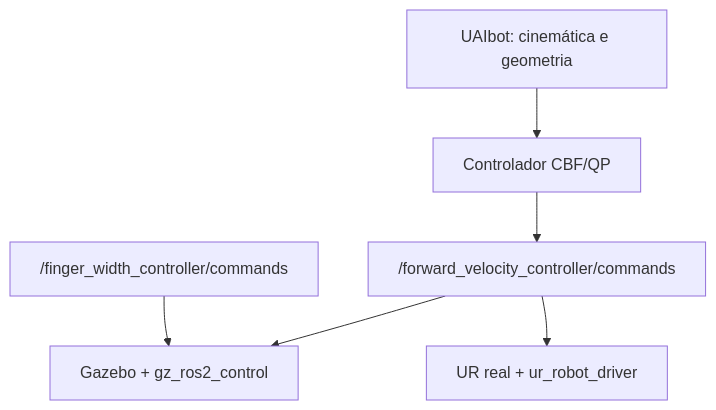
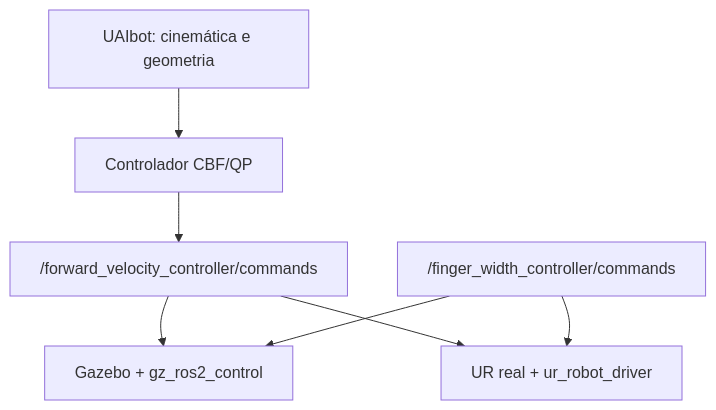
Before and after one commit to cayoalmeida0/ur-task-space-cbf-ros2: the diagram in README.md, drawn with Mermaid. The commit also changed other lines of this file and 16 other files, not shown here.

````diff
--- a/README.md
+++ b/README.md
@@ -19,8 +19,9 @@
 ```mermaid
 flowchart TD
     C["Controlador CBF/QP"] --> T["/forward_velocity_controller/commands"]
     T --> S["Gazebo + gz_ros2_control"]
     T --> R["UR real + ur_robot_driver"]
     G["UAIbot: cinemática e geometria"] --> C
     H["/finger_width_controller/commands"] --> S
+    H --> R
 ```
````
